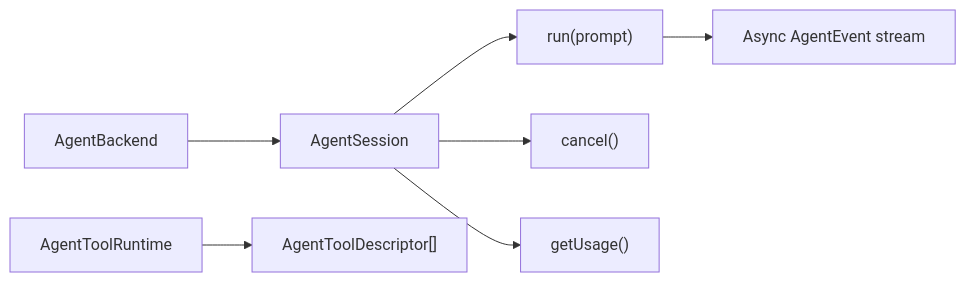
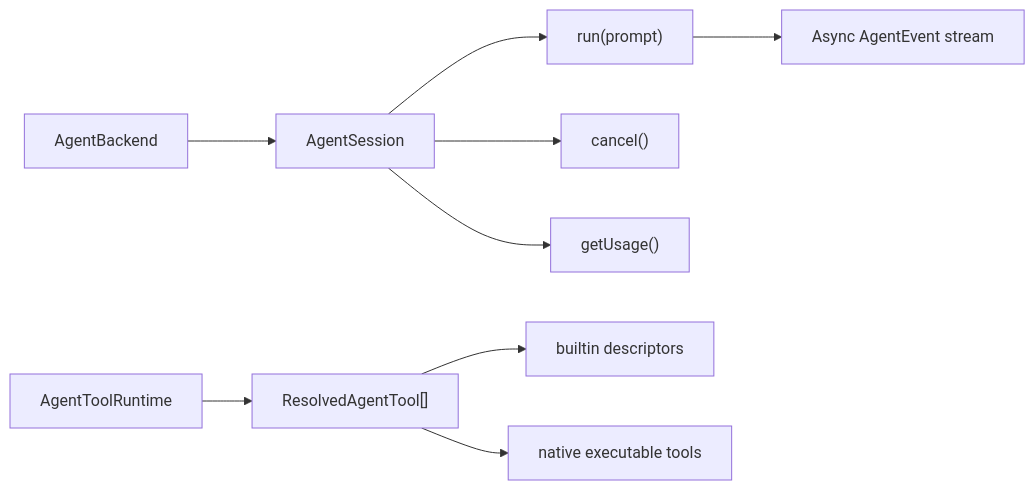
The third of 3 diagrams in docs/ARCHITECTURE.md (SureD/babybot), drawn with Mermaid before and after one commit. The commit also changed other lines of this file and 21 other files, not shown here.

Commit message:
Enable web search tools and agent harness

````diff
--- a/docs/ARCHITECTURE.md
+++ b/docs/ARCHITECTURE.md
@@ -130,9 +148,11 @@
 ```mermaid
 flowchart LR
     Backend["AgentBackend"] --> Session["AgentSession"]
     Session --> Run["run(prompt)"]
     Run --> Events["Async AgentEvent stream"]
     Session --> Cancel["cancel()"]
     Session --> Usage["getUsage()"]
-    ToolRuntime["AgentToolRuntime"] --> Descriptors["AgentToolDescriptor[]"]
+    ToolRuntime["AgentToolRuntime"] --> Tools["ResolvedAgentTool[]"]
+    Tools --> Descriptors["builtin descriptors"]
+    Tools --> Executable["native executable tools"]
 ```
````
